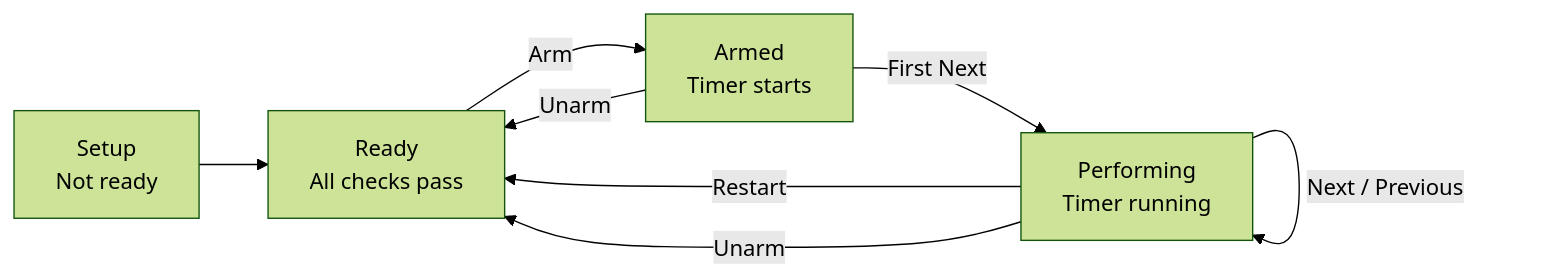
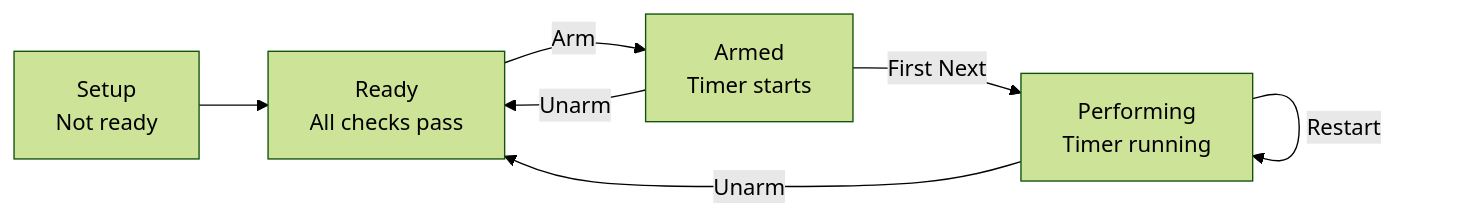
One commit to jorgevallejos/live-lyric-translator changed the first of 2 diagrams in README.md. Above: the diagram before and after it, drawn with Mermaid (forest theme). The commit also changed other lines of this file, not shown here.

Commit message:
Refine README and clarify app workflow

````diff
--- a/README.md
+++ b/README.md
@@ -104,13 +105,12 @@
 ```mermaid
 flowchart LR
 
 Setup["Setup\nNot ready"] --> Ready["Ready\nAll checks pass"]
 Ready -->|Arm| Armed["Armed\nTimer starts"]
 Armed -->|First Next| Performing["Performing\nTimer running"]
+Armed -->|Unarm| Ready
 
 Performing -->|Next / Previous| Performing
-Performing -->|Restart| Ready
-
-Armed -->|Unarm| Ready
+Performing -->|Restart| Performing
 Performing -->|Unarm| Ready
 ```
````
